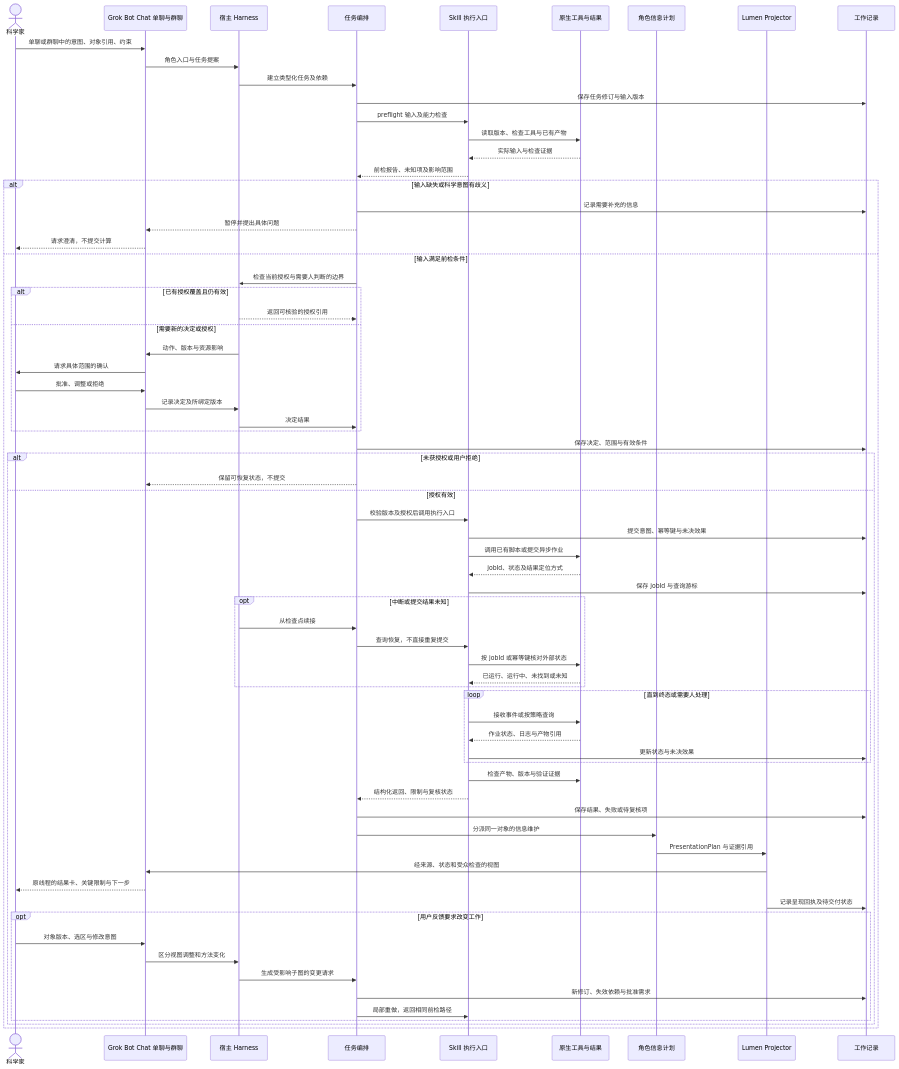
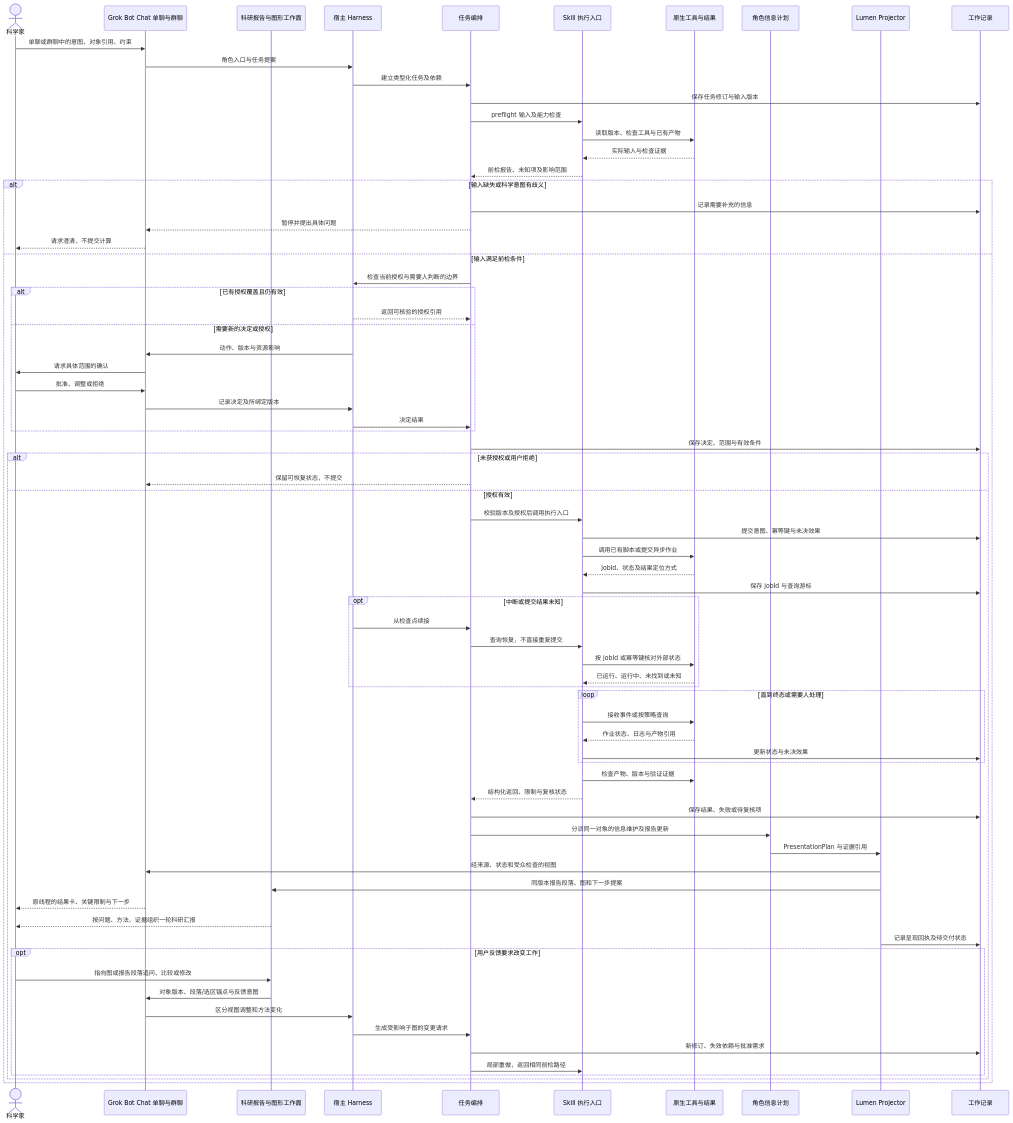
One commit to NicoledyChen/ai4s-handoff changed the second of 2 diagrams in demo/masif/AI4S_DETAILED_DESIGN.md. Above: the diagram before and after it, drawn with Mermaid. The commit also changed other lines of this file and 9 other files, not shown here.

````diff
--- a/demo/masif/AI4S_DETAILED_DESIGN.md
+++ b/demo/masif/AI4S_DETAILED_DESIGN.md
@@ -302,72 +383,76 @@
 ```mermaid
 sequenceDiagram
     actor U as 科学家
     participant C as Grok Bot Chat 单聊与群聊
+    participant F as 科研报告与图形工作面
     participant H as 宿主 Harness
     participant O as 任务编排
     participant S as Skill 执行入口
     participant N as 原生工具与结果
     participant P as 角色信息计划
     participant L as Lumen Projector
     participant R as 工作记录
     U->>C: 单聊或群聊中的意图、对象引用、约束
     C->>H: 角色入口与任务提案
     H->>O: 建立类型化任务及依赖
     O->>R: 保存任务修订与输入版本
     O->>S: preflight 输入及能力检查
     S->>N: 读取版本、检查工具与已有产物
     N-->>S: 实际输入与检查证据
     S-->>O: 前检报告、未知项及影响范围
     alt 输入缺失或科学意图有歧义
         O->>R: 记录需要补充的信息
         O-->>C: 暂停并提出具体问题
         C-->>U: 请求澄清，不提交计算
     else 输入满足前检条件
         O->>H: 检查当前授权与需要人判断的边界
         alt 已有授权覆盖且仍有效
             H-->>O: 返回可核验的授权引用
         else 需要新的决定或授权
             H->>C: 动作、版本与资源影响
             C->>U: 请求具体范围的确认
             U->>C: 批准、调整或拒绝
             C->>H: 记录决定及所绑定版本
             H->>O: 决定结果
         end
         O->>R: 保存决定、范围与有效条件
         alt 未获授权或用户拒绝
             O-->>C: 保留可恢复状态，不提交
         else 授权有效
         O->>S: 校验版本及授权后调用执行入口
         S->>R: 提交意图、幂等键与未决效果
         S->>N: 调用已有脚本或提交异步作业
         N-->>S: jobId、状态及结果定位方式
         S->>R: 保存 jobId 与查询游标
         opt 中断或提交结果未知
             H->>O: 从检查点续接
             O->>S: 查询恢复，不直接重复提交
             S->>N: 按 jobId 或幂等键核对外部状态
             N-->>S: 已运行、运行中、未找到或未知
         end
         loop 直到终态或需要人处理
             S->>N: 接收事件或按策略查询
             N-->>S: 作业状态、日志与产物引用
             S->>R: 更新状态与未决效果
         end
         S->>N: 检查产物、版本与验证证据
         S-->>O: 结构化返回、限制与复核状态
         O->>R: 保存结果、失败或待复核项
-        O->>P: 分派同一对象的信息维护
+        O->>P: 分派同一对象的信息维护及报告更新
         P->>L: PresentationPlan 与证据引用
         L->>C: 经来源、状态和受众检查的视图
+        L->>F: 同版本报告段落、图和下一步提案
         C-->>U: 原线程的结果卡、关键限制与下一步
+        F-->>U: 按问题、方法、证据组织一轮科研汇报
         L->>R: 记录呈现回执及待交付状态
         opt 用户反馈要求改变工作
-            U->>C: 对象版本、选区与修改意图
+            U->>F: 指向图或报告段落追问、比较或修改
+            F->>C: 对象版本、段落/选区锚点与反馈意图
             C->>H: 区分视图调整和方法变化
             H->>O: 生成受影响子图的变更请求
             O->>R: 新修订、失效依赖与批准需求
             O->>S: 局部重做，返回相同前检路径
         end
         end
     end
 ```
````
